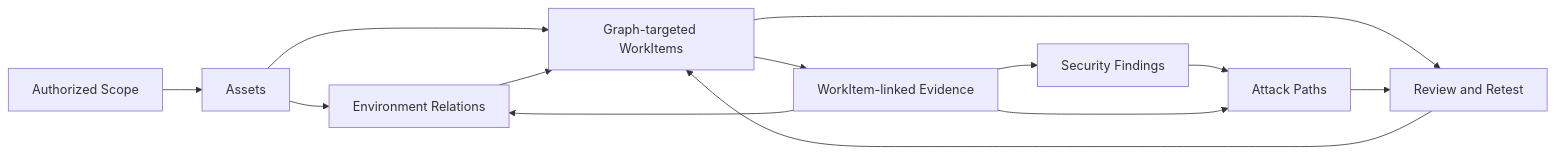
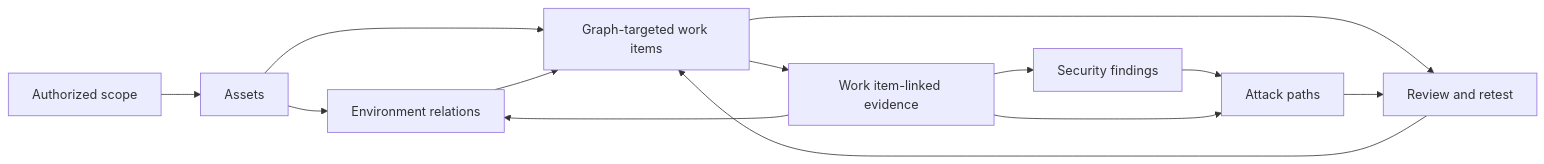
One commit to Meow-Emperor/Z3r0 changed the second of 3 diagrams in docs/en/guide/overview.md. Above: the diagram before and after it, drawn with Mermaid. The commit also changed other lines of this file and 164 other files, not shown here.

````diff
--- a/docs/en/guide/overview.md
+++ b/docs/en/guide/overview.md
@@ -71,23 +71,23 @@
 ```mermaid
 flowchart LR
-  Scope["Authorized Scope"]
+  Scope["Authorized scope"]
   Assets["Assets"]
-  Relations["Environment Relations"]
-  Work["Graph-targeted WorkItems"]
-  Evidence["WorkItem-linked Evidence"]
-  Findings["Security Findings"]
-  Paths["Attack Paths"]
-  Review["Review and Retest"]
+  Relations["Environment relations"]
+  Work["Graph-targeted work items"]
+  Evidence["Work item-linked evidence"]
+  Findings["Security findings"]
+  Paths["Attack paths"]
+  Review["Review and retest"]
 
   Scope --> Assets --> Relations
   Assets --> Work
   Relations --> Work
   Work --> Evidence
   Evidence --> Relations
   Evidence --> Findings
   Findings --> Paths
   Evidence --> Paths
   Work --> Review
   Paths --> Review
   Review --> Work
 ```
````
